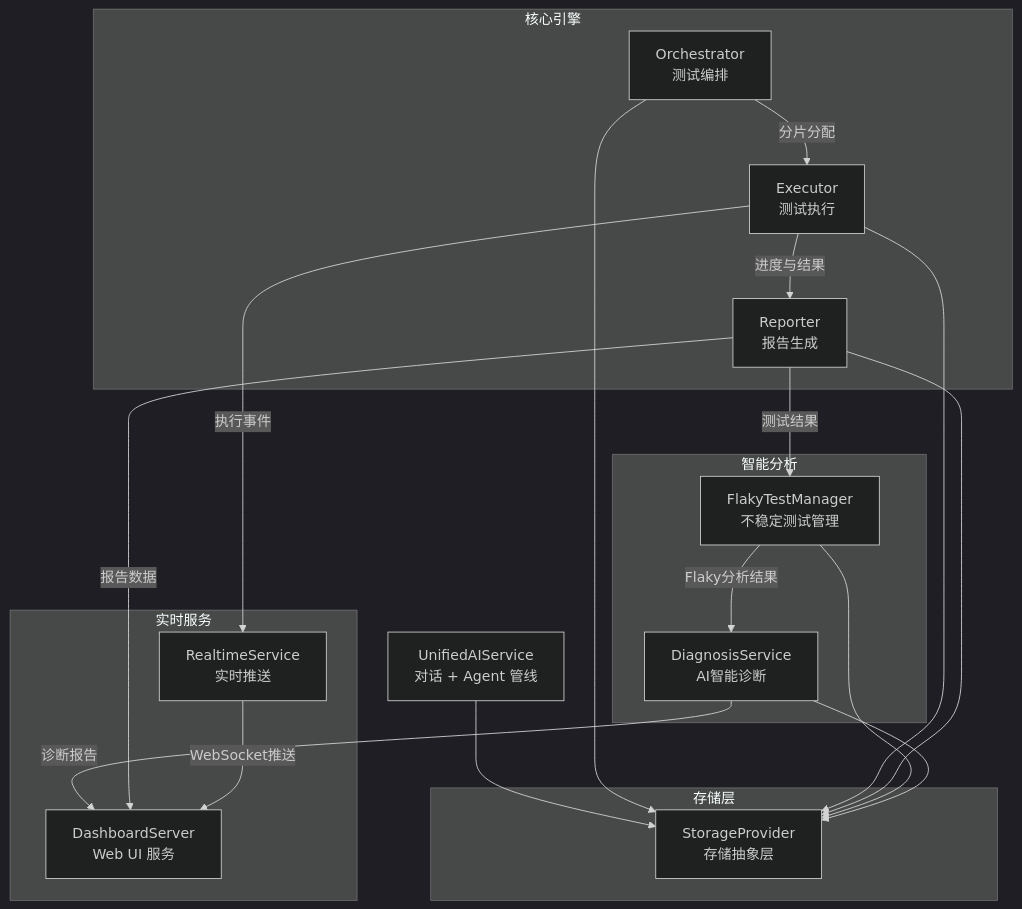
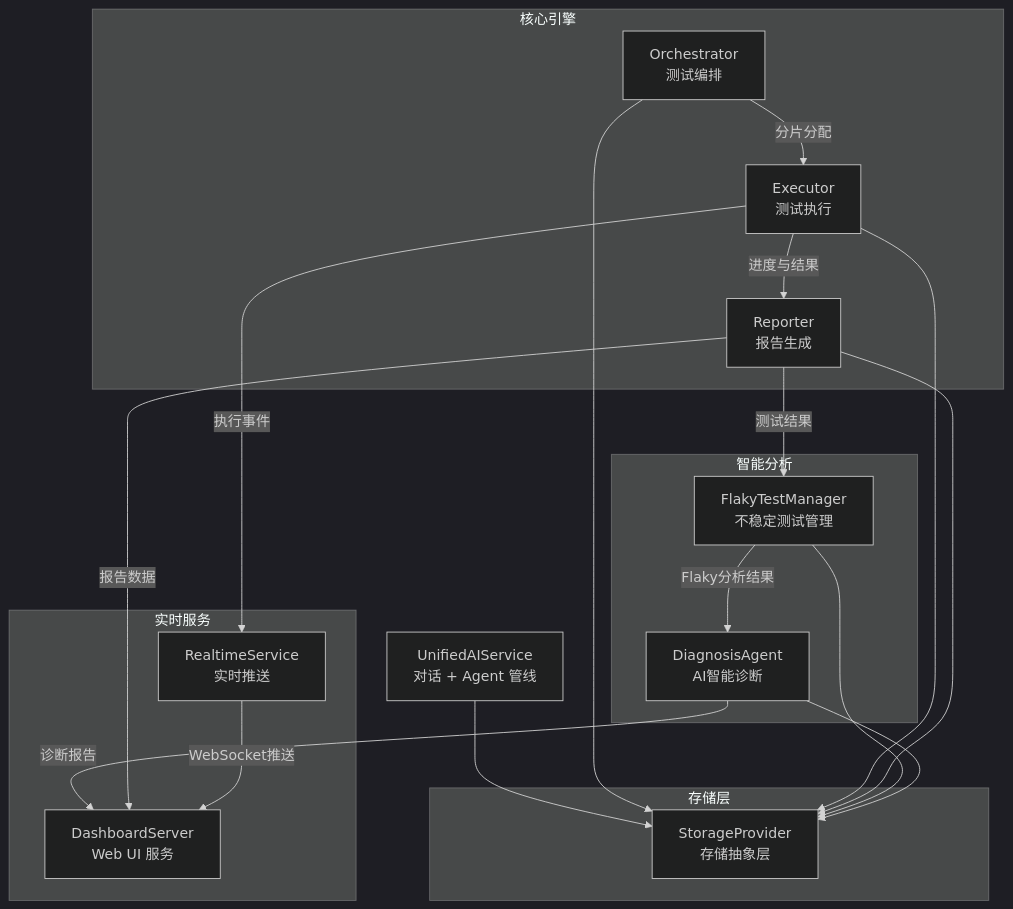
The first of 4 diagrams in documentation/architecture.zh.md (yuandiv/yuantest-playwright), drawn with Mermaid (dark theme) before and after one commit. The commit also changed other lines of this file and 7 other files, not shown here.

````diff
--- a/documentation/architecture.zh.md
+++ b/documentation/architecture.zh.md
@@ -9,37 +9,37 @@
 ```mermaid
 graph TB
     subgraph 核心引擎
         ORC[Orchestrator<br/>测试编排]
         EXE[Executor<br/>测试执行]
         RPT[Reporter<br/>报告生成]
     end
 
     subgraph 智能分析
         FTM[FlakyTestManager<br/>不稳定测试管理]
-        DIA[DiagnosisService<br/>AI智能诊断]
+        DIA[DiagnosisAgent<br/>AI智能诊断]
     end
 
     subgraph 实时服务
         RTS[RealtimeService<br/>实时推送]
         DSB[DashboardServer<br/>Web UI 服务]
     end
 
     subgraph 存储层
         STO[StorageProvider<br/>存储抽象层]
     end
 
     ORC -->|分片分配| EXE
     EXE -->|进度与结果| RPT
     RPT -->|测试结果| FTM
     FTM -->|Flaky分析结果| DIA
     DIA -->|诊断报告| DSB
     RPT -->|报告数据| DSB
     EXE -->|执行事件| RTS
     RTS -->|WebSocket推送| DSB
     UAI[UnifiedAIService<br/>对话 + Agent 管线] --> STO
     ORC --> STO
     EXE --> STO
     RPT --> STO
     FTM --> STO
     DIA --> STO
 ```
````
